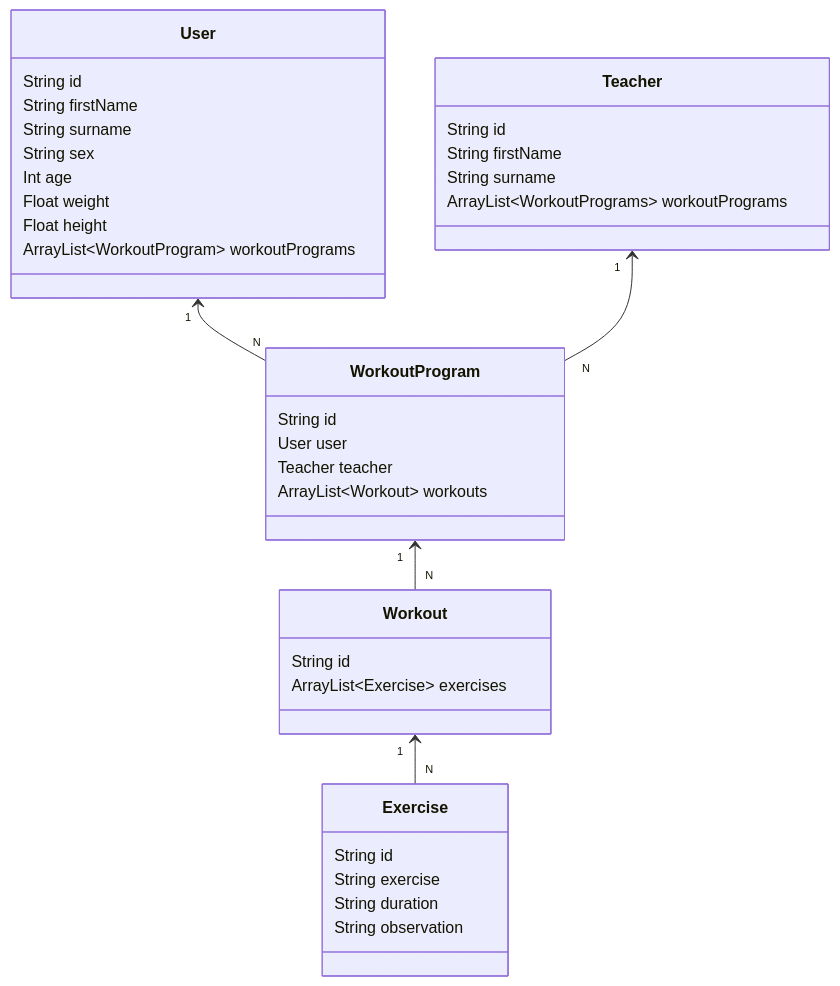
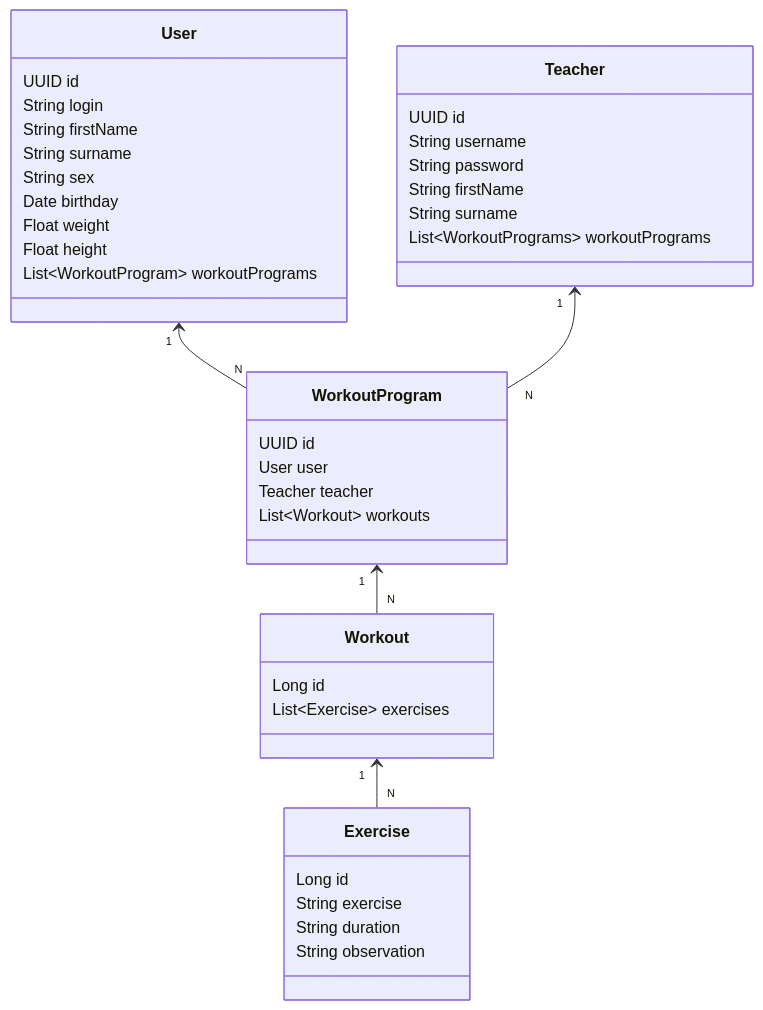
The diagram in README.md (Ednaxx/dio-santander-restful-api), drawn with Mermaid before and after one commit. The commit also changed 3 other files, not shown here.

````diff
--- a/README.md
+++ b/README.md
@@ -6,40 +6,43 @@
 ```mermaid
  classDiagram
     User "1" <-- "N" WorkoutProgram
     Teacher "1" <-- "N" WorkoutProgram
     WorkoutProgram "1" <-- "N" Workout
     Workout "1" <-- "N" Exercise
 
     class User {
-        String id
+        UUID id
+        String login
         String firstName
         String surname
         String sex
-        Int age
+        Date birthday
         Float weight
         Float height
-        ArrayList~WorkoutProgram~ workoutPrograms
+        List~WorkoutProgram~ workoutPrograms
     }
     class Teacher {
-        String id
+        UUID id
+        String username
+        String password
         String firstName
         String surname
-        ArrayList~WorkoutPrograms~ workoutPrograms
+        List~WorkoutPrograms~ workoutPrograms
     }
     class WorkoutProgram {
-        String id
+        UUID id
         User user
         Teacher teacher
-        ArrayList~Workout~ workouts
+        List~Workout~ workouts
     }
     class Workout {
-        String id
-        ArrayList~Exercise~ exercises
+        Long id
+        List~Exercise~ exercises
     }
     class Exercise {
-        String id
+        Long id
         String exercise
         String duration
         String observation
     }
 ```
````
